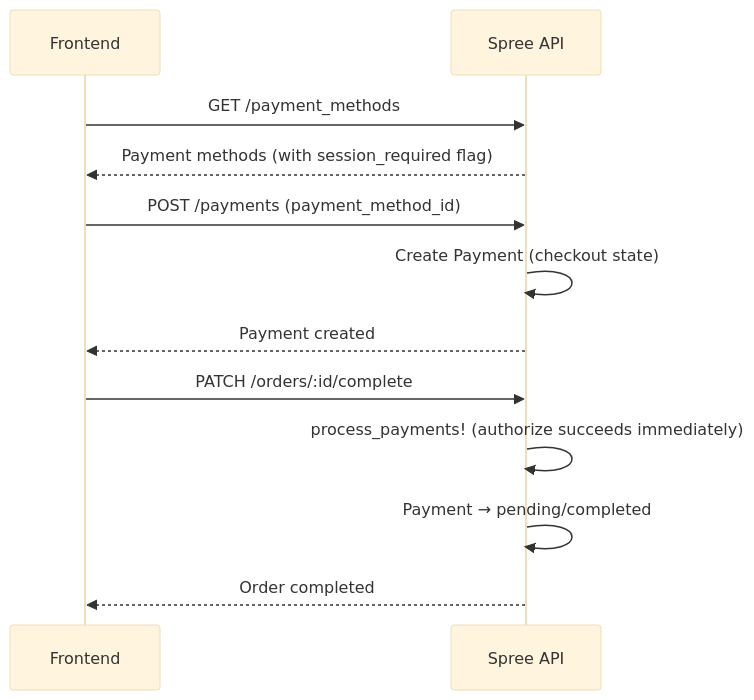
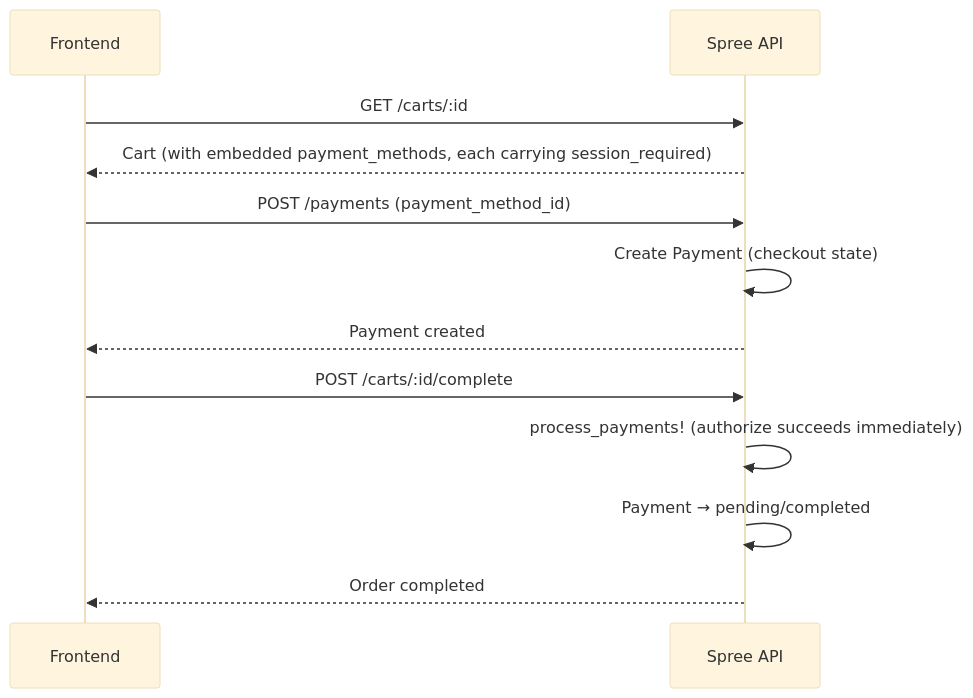
One commit to spree/spree changed the fifth of 8 diagrams in docs/developer/core-concepts/payments.mdx. Above: the diagram before and after it, drawn with Mermaid (base theme). The commit also changed other lines of this file and 43 other files, not shown here.

````diff
--- a/docs/developer/core-concepts/payments.mdx
+++ b/docs/developer/core-concepts/payments.mdx
@@ -291,17 +291,17 @@
 ```mermaid
 sequenceDiagram
     participant Frontend
     participant Spree API
 
-    Frontend->>Spree API: GET /payment_methods
-    Spree API-->>Frontend: Payment methods (with session_required flag)
+    Frontend->>Spree API: GET /carts/:id
+    Spree API-->>Frontend: Cart (with embedded payment_methods, each carrying session_required)
 
     Frontend->>Spree API: POST /payments (payment_method_id)
     Spree API->>Spree API: Create Payment (checkout state)
     Spree API-->>Frontend: Payment created
 
-    Frontend->>Spree API: PATCH /orders/:id/complete
+    Frontend->>Spree API: POST /carts/:id/complete
     Spree API->>Spree API: process_payments! (authorize succeeds immediately)
     Spree API->>Spree API: Payment → pending/completed
     Spree API-->>Frontend: Order completed
 ```
````
